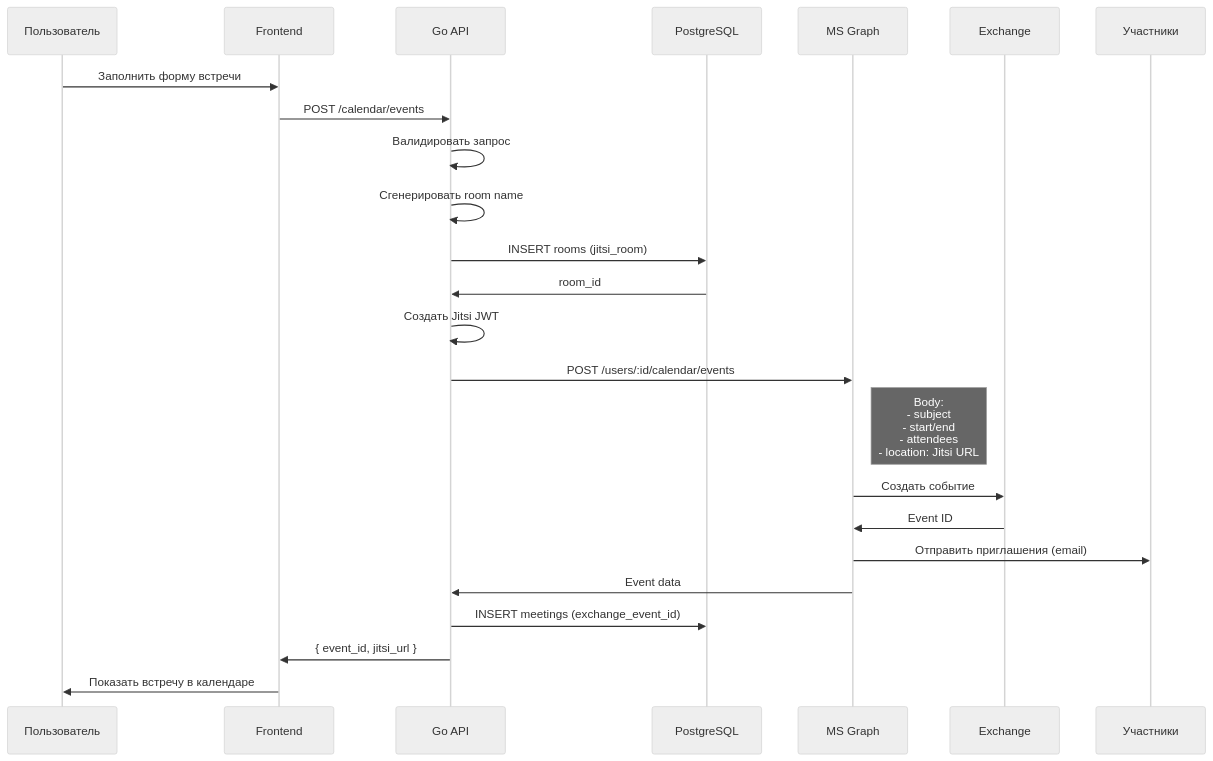
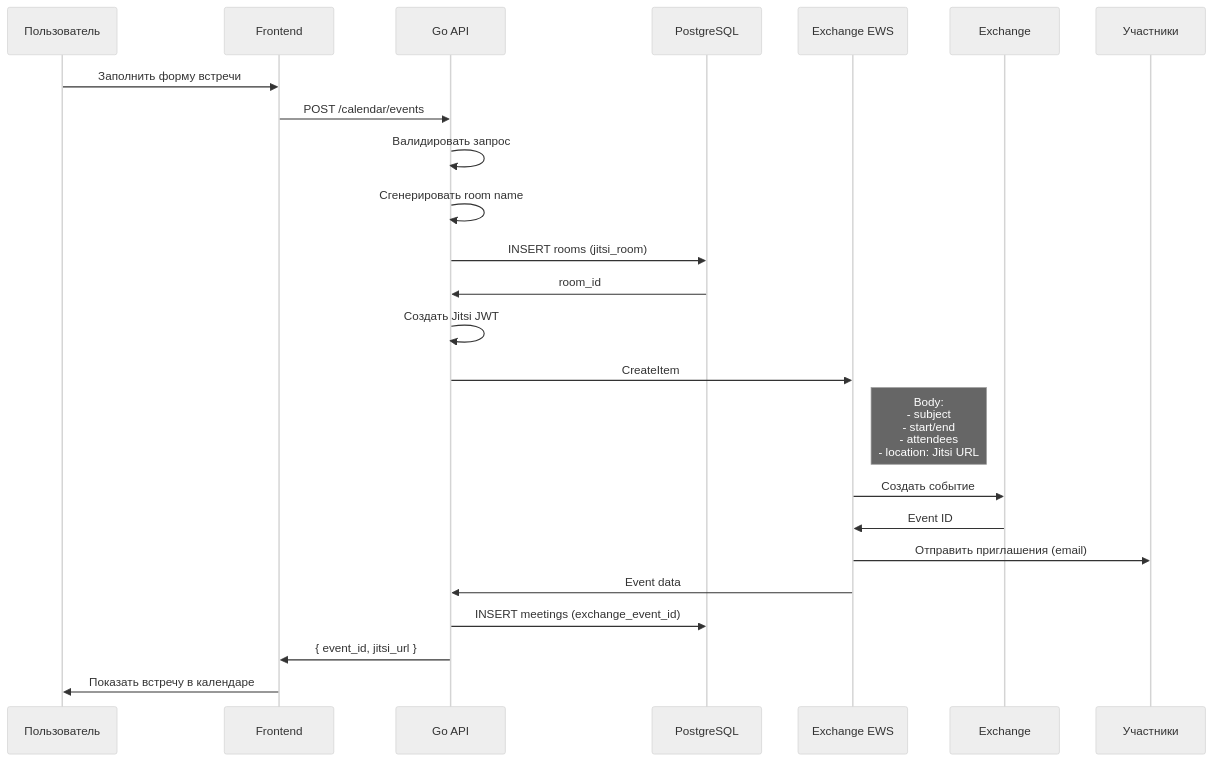
One commit to qmish/Focus changed the tenth of 13 diagrams in docs/DataFlow.md. Above: the diagram before and after it, drawn with Mermaid (neutral theme). The commit also changed other lines of this file and 49 other files, not shown here.

````diff
--- a/docs/DataFlow.md
+++ b/docs/DataFlow.md
@@ -385,27 +382,27 @@
 ```mermaid
 sequenceDiagram
     participant U as Пользователь
     participant FE as Frontend
     participant API as Go API
     participant DB as PostgreSQL
-    participant Graph as MS Graph
+    participant EWS as Exchange EWS
     participant Exch as Exchange
     participant Att as Участники
 
     U->>FE: Заполнить форму встречи
     FE->>API: POST /calendar/events
     API->>API: Валидировать запрос
     API->>API: Сгенерировать room name
     API->>DB: INSERT rooms (jitsi_room)
     DB->>API: room_id
     API->>API: Создать Jitsi JWT
-    API->>Graph: POST /users/:id/calendar/events
-    Note right of Graph: Body:<br/>- subject<br/>- start/end<br/>- attendees<br/>- location: Jitsi URL
-    Graph->>Exch: Создать событие
-    Exch->>Graph: Event ID
-    Graph->>Att: Отправить приглашения (email)
-    Graph->>API: Event data
+    API->>EWS: CreateItem
+    Note right of EWS: Body:<br/>- subject<br/>- start/end<br/>- attendees<br/>- location: Jitsi URL
+    EWS->>Exch: Создать событие
+    Exch->>EWS: Event ID
+    EWS->>Att: Отправить приглашения (email)
+    EWS->>API: Event data
     API->>DB: INSERT meetings (exchange_event_id)
     API->>FE: { event_id, jitsi_url }
     FE->>U: Показать встречу в календаре
 ```
````
